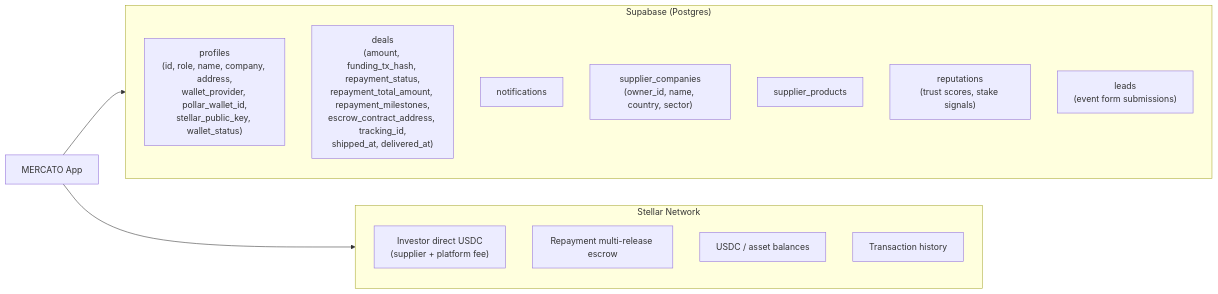
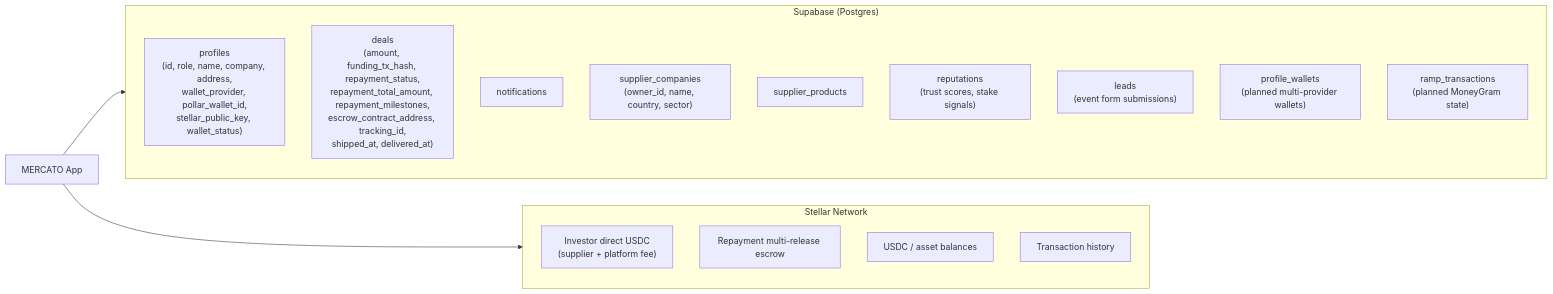
One commit to mercato-supply-chain/mercato-dapp changed diagram 12 of 14 in doc/architecture.md. Above: the diagram before and after it, drawn with Mermaid. The commit also changed other lines of this file, not shown here.

Commit message:
Document planned MoneyGram ramps and Privy wallet support

````diff
--- a/doc/architecture.md
+++ b/doc/architecture.md
@@ -723,22 +709,24 @@
 ```mermaid
 flowchart LR
   subgraph Supabase["Supabase (Postgres)"]
     Profiles["profiles\n(id, role, name, company, address,\nwallet_provider, pollar_wallet_id,\nstellar_public_key, wallet_status)"]
     Deals["deals\n(amount, funding_tx_hash, repayment_status,\nrepayment_total_amount, repayment_milestones,\nescrow_contract_address, tracking_id,\nshipped_at, delivered_at)"]
     Notifications["notifications"]
     SupplierCompanies["supplier_companies\n(owner_id, name, country, sector)"]
     SupplierProducts["supplier_products"]
     Reputations["reputations\n(trust scores, stake signals)"]
     Leads["leads\n(event form submissions)"]
+    ProfileWallets["profile_wallets\n(planned multi-provider wallets)"]
+    RampTransactions["ramp_transactions\n(planned MoneyGram state)"]
   end
 
   subgraph Stellar["Stellar Network"]
     DirectPay["Investor direct USDC\n(supplier + platform fee)"]
     EscrowState["Repayment multi-release escrow"]
     Balances["USDC / asset balances"]
     TxHistory["Transaction history"]
   end
 
   App["MERCATO App"] --> Supabase
   App --> Stellar
 ```
````
